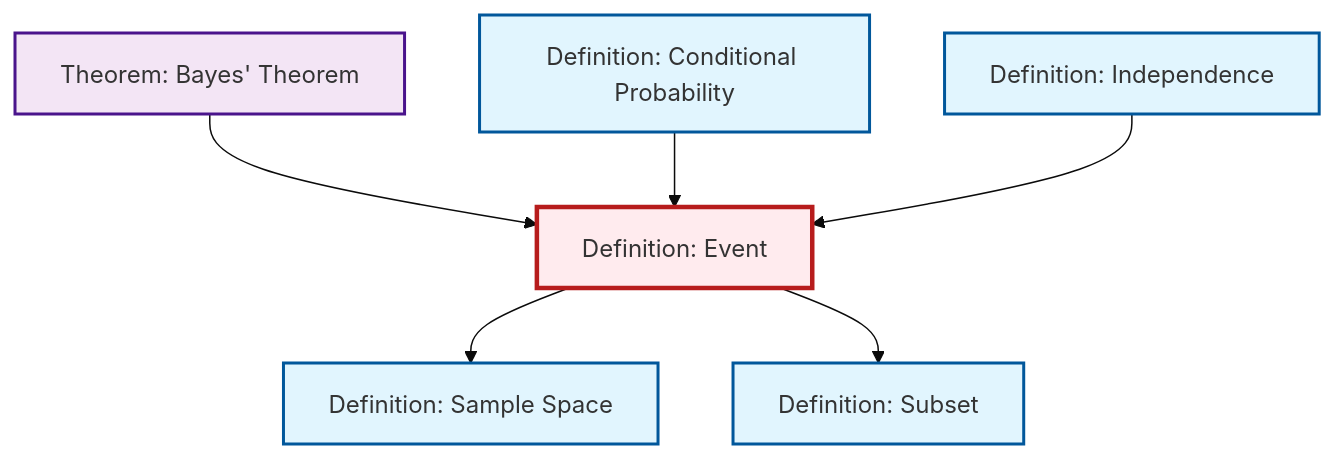
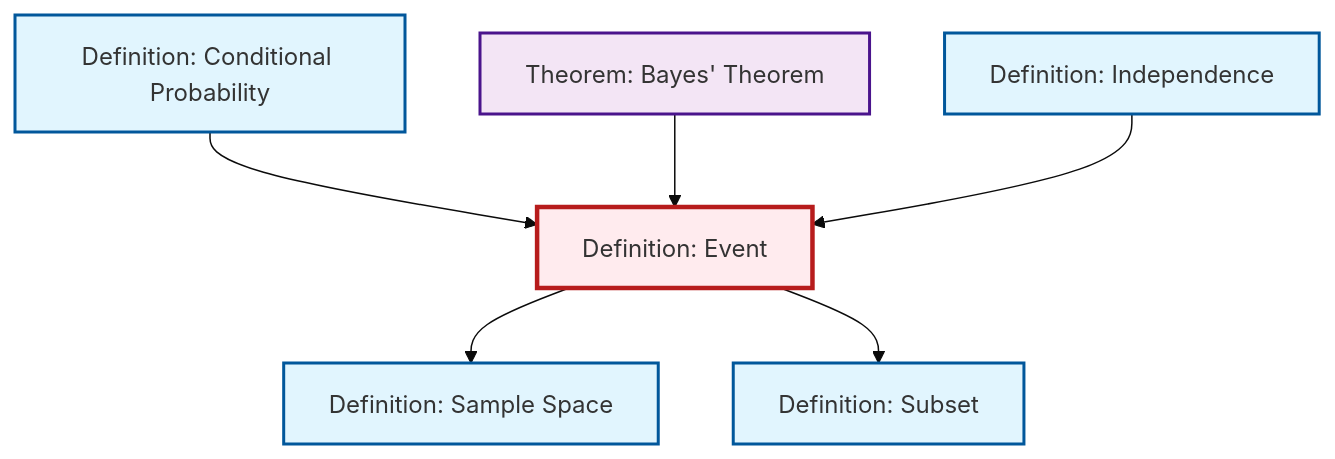
Before and after one commit to RK0429/ModernMath: the diagram in content/en/probability-statistics/def-event.qmd, drawn with Mermaid (base theme). The commit also changed other lines of this file and 615 other files, not shown here.

````diff
--- a/content/en/probability-statistics/def-event.qmd
+++ b/content/en/probability-statistics/def-event.qmd
@@ -69,26 +69,26 @@
 ```{mermaid}
 %%| fig-cap: "Local dependency graph"
 graph TD
     classDef definition fill:#e1f5fe,stroke:#01579b,stroke-width:2px
     classDef theorem fill:#f3e5f5,stroke:#4a148c,stroke-width:2px
     classDef axiom fill:#fff3e0,stroke:#e65100,stroke-width:2px
     classDef example fill:#e8f5e9,stroke:#1b5e20,stroke-width:2px
     classDef current fill:#ffebee,stroke:#b71c1c,stroke-width:3px
+    def-independence["Definition: Independence"]:::definition
+    def-event["Definition: Event"]:::definition
     def-subset["Definition: Subset"]:::definition
+    thm-bayes["Theorem: Bayes' Theorem"]:::theorem
     def-sample-space["Definition: Sample Space"]:::definition
-    def-event["Definition: Event"]:::definition
     def-conditional-probability["Definition: Conditional Probability"]:::definition
-    def-independence["Definition: Independence"]:::definition
-    thm-bayes["Theorem: Bayes' Theorem"]:::theorem
+    def-event --> def-sample-space
+    def-conditional-probability --> def-event
     thm-bayes --> def-event
-    def-conditional-probability --> def-event
+    def-event --> def-subset
     def-independence --> def-event
-    def-event --> def-sample-space
-    def-event --> def-subset
     class def-event current
+    click def-independence "def-independence.html" "Go to Independence definition"
     click def-subset "def-subset.html" "Go to Subset definition"
+    click thm-bayes "thm-bayes.html" "Go to Bayes' Theorem theorem"
     click def-sample-space "def-sample-space.html" "Go to Sample Space definition"
     click def-conditional-probability "def-conditional-probability.html" "Go to Conditional Probability definition"
-    click def-independence "def-independence.html" "Go to Independence definition"
-    click thm-bayes "thm-bayes.html" "Go to Bayes' Theorem theorem"
 ```
````
